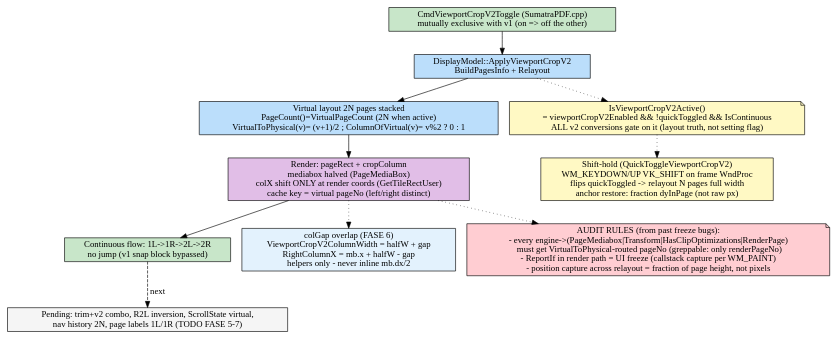
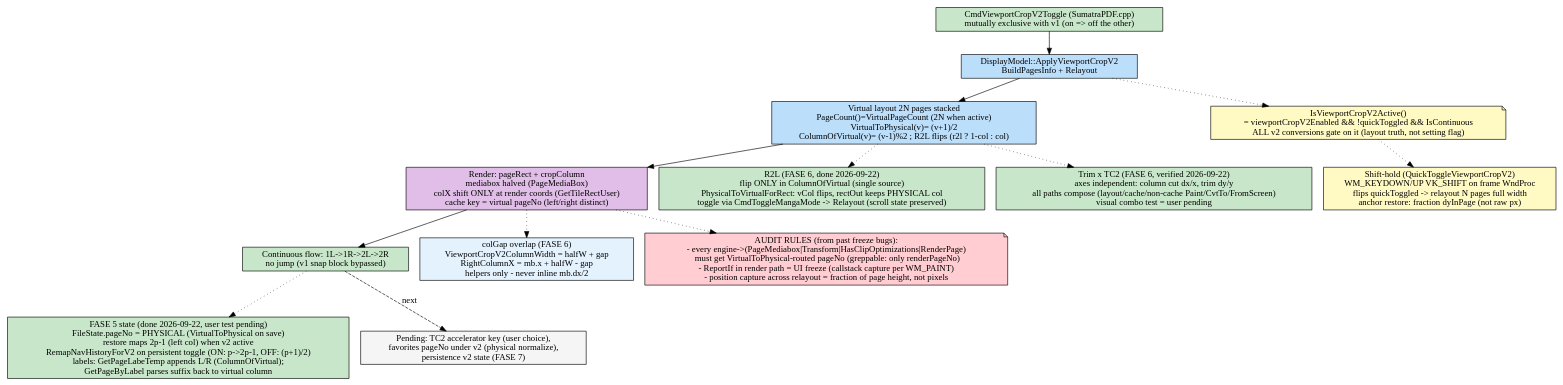
Before and after one commit to FelipeTesta/TumatraPDF: the diagram in FLOW/two-columns-v2.dot, drawn with Graphviz. The commit also changed 22 other files, not shown here.

```diff
--- a/FLOW/two-columns-v2.dot
+++ b/FLOW/two-columns-v2.dot
@@ -1,25 +1,33 @@
 digraph TwoColumnsV2 {
     rankdir=TB;
     node [shape=box, style=rounded];
 
     toggle [label="CmdViewportCropV2Toggle (SumatraPDF.cpp)\nmutually exclusive with v1 (on => off the other)", fillcolor="#c8e6c9", style=filled];
     apply [label="DisplayModel::ApplyViewportCropV2\nBuildPagesInfo + Relayout", fillcolor="#bbdefb", style=filled];
-    layout [label="Virtual layout 2N pages stacked\nPageCount()=VirtualPageCount (2N when active)\nVirtualToPhysical(v)= (v+1)/2 ; ColumnOfVirtual(v)= v%2 ? 0 : 1", fillcolor="#bbdefb", style=filled];
+    layout [label="Virtual layout 2N pages stacked\nPageCount()=VirtualPageCount (2N when active)\nVirtualToPhysical(v)= (v+1)/2\nColumnOfVirtual(v)= (v-1)%2 ; R2L flips (r2l ? 1-col : col)", fillcolor="#bbdefb", style=filled];
     render [label="Render: pageRect + cropColumn\nmediabox halved (PageMediaBox)\ncolX shift ONLY at render coords (GetTileRectUser)\ncache key = virtual pageNo (left/right distinct)", fillcolor="#e1bee7", style=filled];
     scroll [label="Continuous flow: 1L->1R->2L->2R\nno jump (v1 snap block bypassed)", fillcolor="#c8e6c9", style=filled];
 
     gate [label="IsViewportCropV2Active()\n= viewportCropV2Enabled && !quickToggled && IsContinuous\nALL v2 conversions gate on it (layout truth, not setting flag)", shape=note, fillcolor="#fff9c4", style=filled];
     shifthold [label="Shift-hold (QuickToggleViewportCropV2)\nWM_KEYDOWN/UP VK_SHIFT on frame WndProc\nflips quickToggled -> relayout N pages full width\nanchor restore: fraction dyInPage (not raw px)", fillcolor="#fff9c4", style=filled];
     colgap [label="colGap overlap (FASE 6)\nViewportCropV2ColumnWidth = halfW + gap\nRightColumnX = mb.x + halfW - gap\nhelpers only - never inline mb.dx/2", fillcolor="#e3f2fd", style=filled];
 
+    r2l [label="R2L (FASE 6, done 2026-09-22)\nflip ONLY in ColumnOfVirtual (single source)\nPhysicalToVirtualForRect: vCol flips, rectOut keeps PHYSICAL col\ntoggle via CmdToggleMangaMode -> Relayout (scroll state preserved)", fillcolor="#c8e6c9", style=filled];
+    trimv2 [label="Trim x TC2 (FASE 6, verified 2026-09-22)\naxes independent: column cut dx/x, trim dy/y\nall paths compose (layout/cache/non-cache Paint/CvtTo/FromScreen)\nvisual combo test = user pending", fillcolor="#c8e6c9", style=filled];
+
     toggle -> apply -> layout -> render -> scroll;
     apply -> gate [style=dotted];
     gate -> shifthold [style=dotted];
     render -> colgap [style=dotted];
+    layout -> r2l [style=dotted];
+    layout -> trimv2 [style=dotted];
+
+    state5 [label="FASE 5 state (done 2026-09-22, user test pending)\nFileState.pageNo = PHYSICAL (VirtualToPhysical on save)\nrestore maps 2p-1 (left col) when v2 active\nRemapNavHistoryForV2 on persistent toggle (ON: p->2p-1, OFF: (p+1)/2)\nlabels: GetPageLabeTemp appends L/R (ColumnOfVirtual);\nGetPageByLabel parses suffix back to virtual column", fillcolor="#c8e6c9", style=filled];
 
     rules [label="AUDIT RULES (from past freeze bugs):\n- every engine->(PageMediabox|Transform|HasClipOptimizations|RenderPage)\n  must get VirtualToPhysical-routed pageNo (greppable: only renderPageNo)\n- ReportIf in render path = UI freeze (callstack capture per WM_PAINT)\n- position capture across relayout = fraction of page height, not pixels", shape=note, fillcolor="#ffcdd2", style=filled];
     render -> rules [style=dotted];
+    scroll -> state5 [style=dotted];
 
-    pending [label="Pending: trim+v2 combo, R2L inversion, ScrollState virtual,\nnav history 2N, page labels 1L/1R (TODO FASE 5-7)", fillcolor="#f5f5f5", style=filled];
+    pending [label="Pending: TC2 accelerator key (user choice),\nfavorites pageNo under v2 (physical normalize),\npersistence v2 state (FASE 7)", fillcolor="#f5f5f5", style=filled];
     scroll -> pending [style=dashed, label="next"];
 }
```
